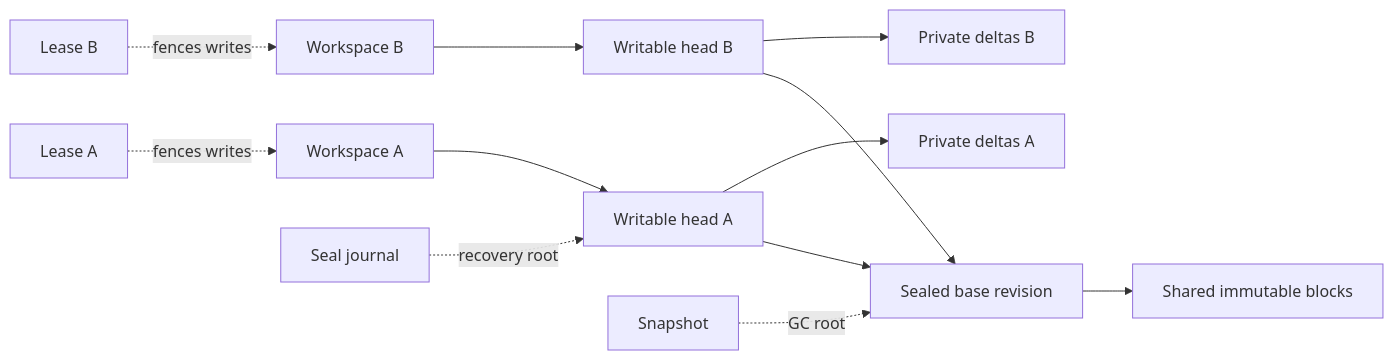
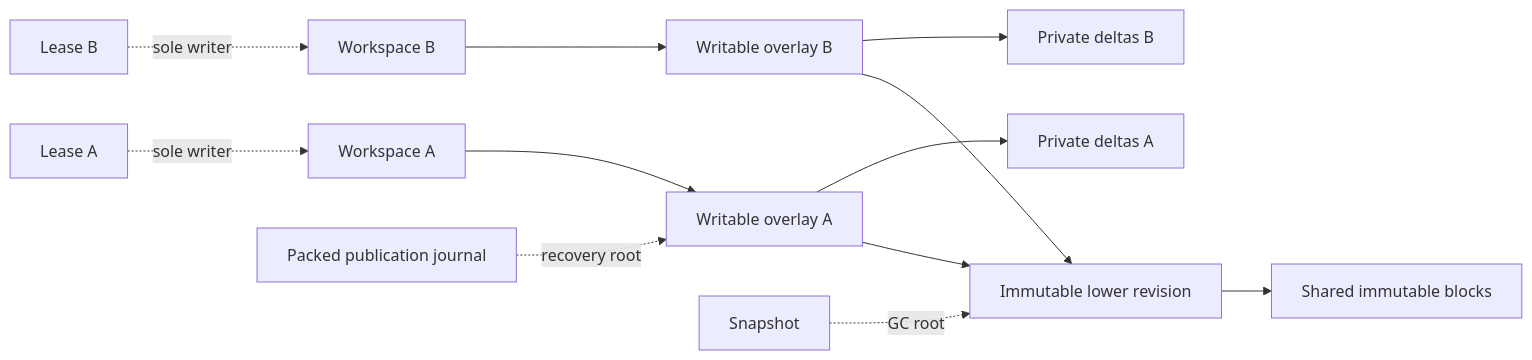
Before and after one commit to Ivanbeethoven/brewfs: the second of 3 diagrams in doc/architecture/workspace-overlay.md, drawn with Mermaid. The commit also changed other lines of this file and 4 other files, not shown here.

First line of the commit message:
docs(overlay): specs for the immutable-lower, no-seal overlay model

````diff
--- a/doc/architecture/workspace-overlay.md
+++ b/doc/architecture/workspace-overlay.md
@@ -78,15 +98,15 @@
 ```mermaid
 flowchart LR
-    WS1[Workspace A] --> HA[Writable head A]
-    WS2[Workspace B] --> HB[Writable head B]
-    HA --> Base[Sealed base revision]
+    WS1[Workspace A] --> HA[Writable overlay A]
+    WS2[Workspace B] --> HB[Writable overlay B]
+    HA --> Base[Immutable lower revision]
     HB --> Base
-    LeaseA[Lease A] -. fences writes .-> WS1
-    LeaseB[Lease B] -. fences writes .-> WS2
+    LeaseA[Lease A] -. sole writer .-> WS1
+    LeaseB[Lease B] -. sole writer .-> WS2
     Snap[Snapshot] -. GC root .-> Base
-    Journal[Seal journal] -. recovery root .-> HA
+    Journal[Packed publication journal] -. recovery root .-> HA
 
     HA --> DA[Private deltas A]
     HB --> DB[Private deltas B]
     Base --> Blocks[Shared immutable blocks]
 ```
````
